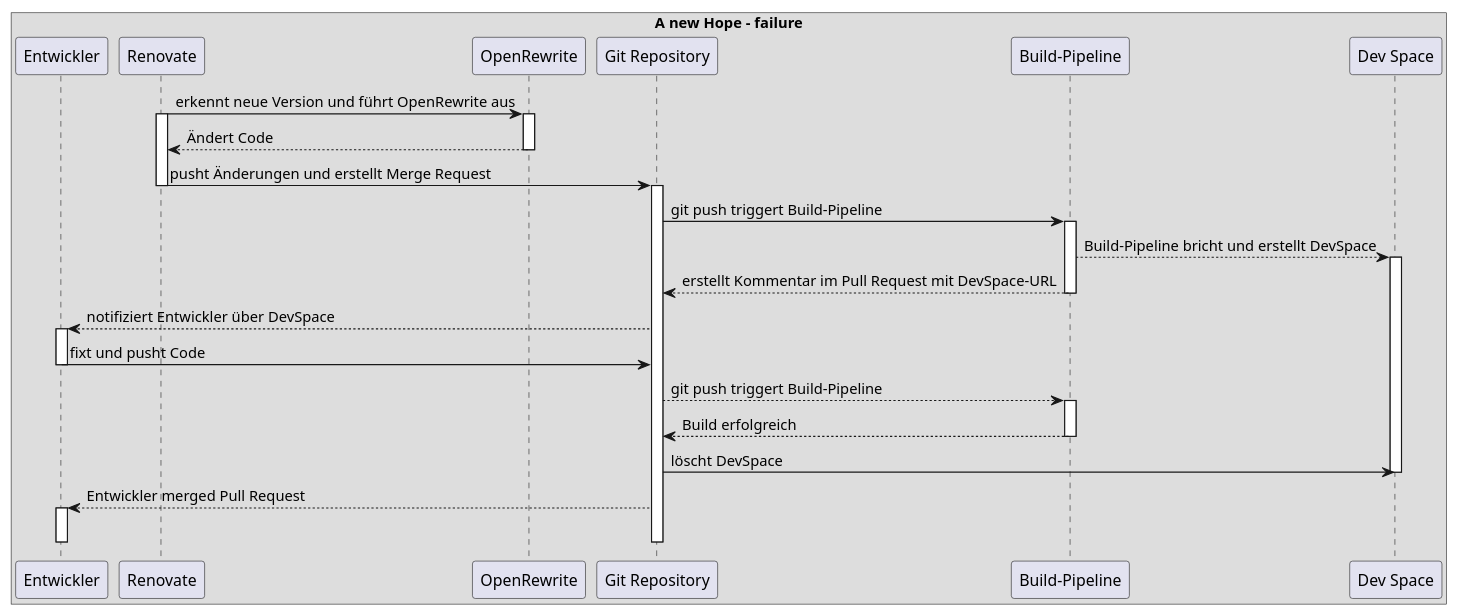
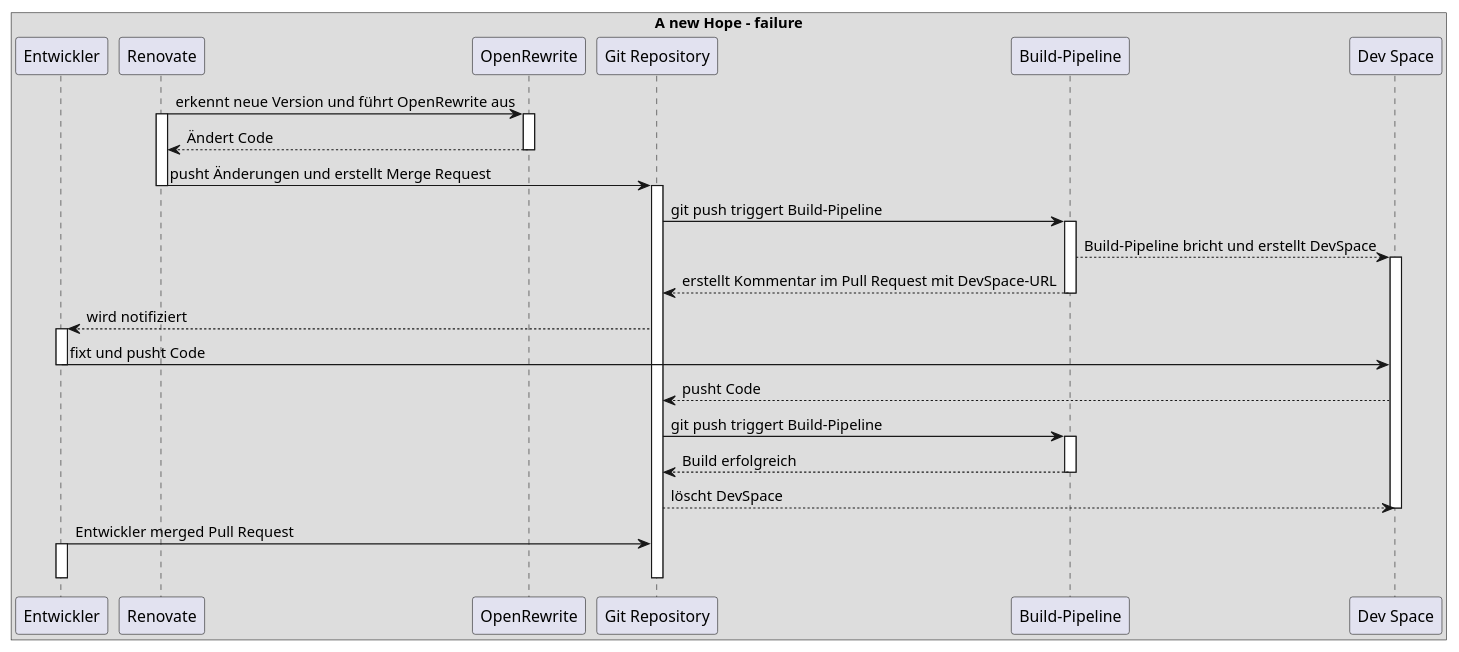
One commit to gattma/renovate changed the diagram in diagrams/failure-sequence.puml. Above: the diagram before and after it, drawn with PlantUML. The commit also changed 3 other files, not shown here.

Commit message:
modify diagrams

```diff
--- a/diagrams/failure-sequence.puml
+++ b/diagrams/failure-sequence.puml
@@ -1,44 +1,46 @@
 @startuml
 box A new Hope - failure
 participant Entwickler
 
 participant Renovate
 
 Renovate -> OpenRewrite : erkennt neue Version und führt OpenRewrite aus
 activate Renovate
 activate OpenRewrite
 
 OpenRewrite --> Renovate : Ändert Code
 deactivate OpenRewrite
 
 Renovate -> "Git Repository" : pusht Änderungen und erstellt Merge Request
 deactivate Renovate
 activate "Git Repository"
 
 "Git Repository" -> "Build-Pipeline" : git push triggert Build-Pipeline
 activate "Build-Pipeline"
 "Build-Pipeline" --> "Dev Space" : Build-Pipeline bricht und erstellt DevSpace
 activate "Dev Space"
 "Build-Pipeline" --> "Git Repository" : erstellt Kommentar im Pull Request mit DevSpace-URL
 deactivate "Build-Pipeline"
 
-"Git Repository" --> Entwickler : notifiziert Entwickler über DevSpace
+"Git Repository" --> Entwickler : wird notifiziert
 activate Entwickler
-Entwickler -> "Git Repository" : fixt und pusht Code
+Entwickler -> "Dev Space" : fixt und pusht Code
 deactivate Entwickler
 
-"Git Repository" --> "Build-Pipeline" : git push triggert Build-Pipeline
+"Dev Space" --> "Git Repository" : pusht Code
+
+"Git Repository" -> "Build-Pipeline" : git push triggert Build-Pipeline
 activate "Build-Pipeline"
 "Build-Pipeline" --> "Git Repository" : Build erfolgreich
 deactivate "Build-Pipeline"
-"Git Repository" -> "Dev Space" : löscht DevSpace
+"Git Repository" --> "Dev Space" : löscht DevSpace
 deactivate "Dev Space"
 
-"Git Repository" --> Entwickler : Entwickler merged Pull Request
+Entwickler -> "Git Repository" : Entwickler merged Pull Request
 activate Entwickler
 deactivate Entwickler
 
 deactivate "Git Repository"
 
 end box
 @enduml
```
